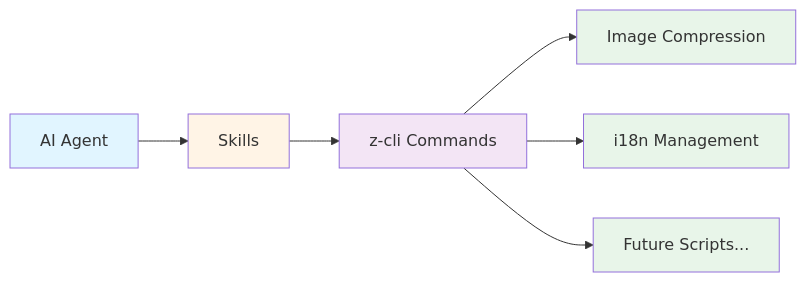
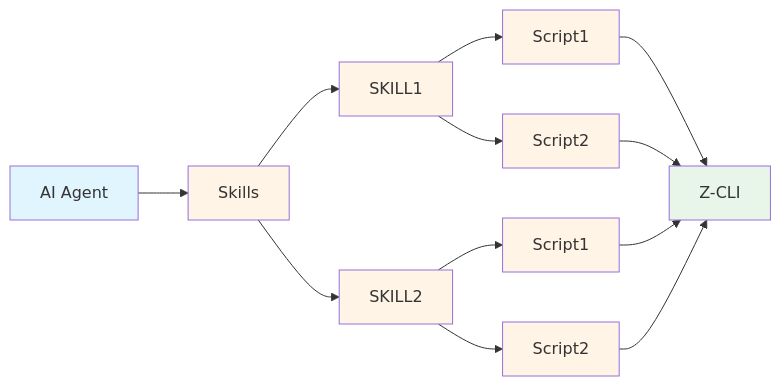
One commit to aatrooox/z-cli changed the diagram in README.md. Above: the diagram before and after it, drawn with Mermaid. The commit also changed 9 other files, not shown here.

````diff
--- a/README.md
+++ b/README.md
@@ -14,15 +14,24 @@
 ```mermaid
 graph LR
     A[AI Agent] --> B[Skills]
-    B --> C[z-cli Commands]
-    C --> D[Image Compression]
-    C --> E[i18n Management]
-    C --> F[Future Scripts...]
+    B --> C[SKILL1]
+    B --> D[SKILL2]
+    C --> E[Script1]
+    C --> F[Script2]
+    D --> G[Script1]
+    D --> H[Script2]
+    E --> Z[Z-CLI]
+    F --> Z
+    G --> Z
+    H --> Z
     
     style A fill:#e1f5ff
     style B fill:#fff4e6
-    style C fill:#f3e5f5
-    style D fill:#e8f5e9
-    style E fill:#e8f5e9
-    style F fill:#e8f5e9
+    style C fill:#fff4e6
+    style D fill:#fff4e6
+    style E fill:#fff4e6
+    style F fill:#fff4e6
+    style G fill:#fff4e6
+    style H fill:#fff4e6
+    style Z fill:#e8f5e9
 ```
````
